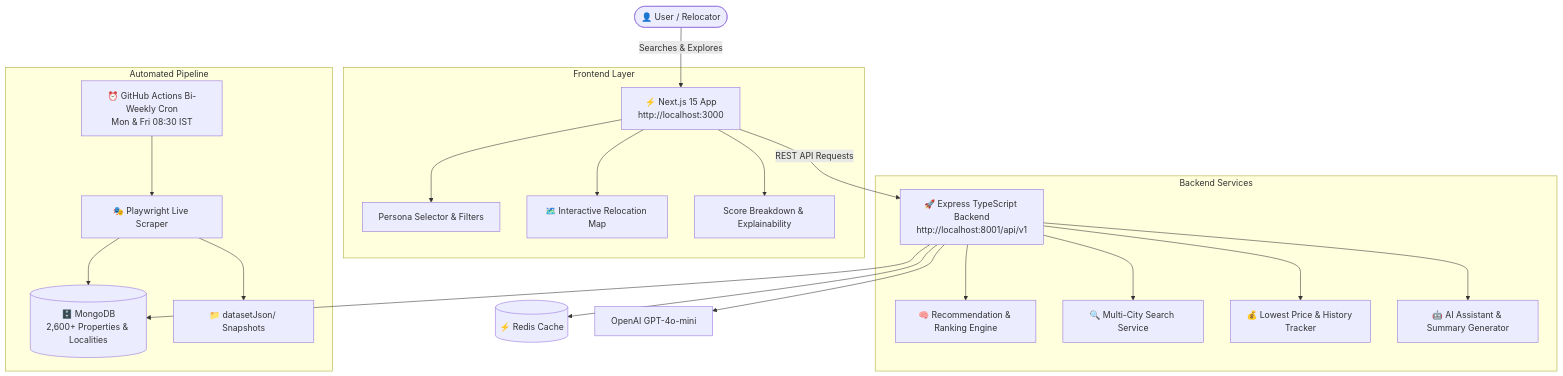
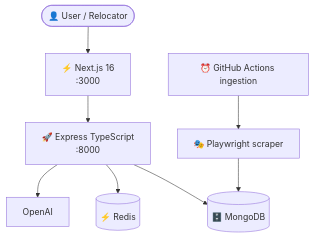
Before and after one commit to dedipya001/AI-Relocation-Assistant: the diagram in README.md, drawn with Mermaid. The commit also changed other lines of this file and 9 other files, not shown here.

````diff
--- a/README.md
+++ b/README.md
@@ -57,29 +50,10 @@
 ```mermaid
 flowchart TD
-    User([👤 User / Relocator]) -->|Searches & Explores| Frontend[⚡ Next.js 15 App\nhttp://localhost:3000]
-    
-    subgraph Frontend Layer
-        Frontend --> Persona[Persona Selector & Filters]
-        Frontend --> MapView[🗺️ Interactive Relocation Map]
-        Frontend --> Modal[Score Breakdown & Explainability]
-    end
-
-    Frontend -->|REST API Requests| Backend[🚀 Express TypeScript Backend\nhttp://localhost:8001/api/v1]
-
-    subgraph Backend Services
-        Backend --> RecoEngine[🧠 Recommendation & Ranking Engine]
-        Backend --> SearchSvc[🔍 Multi-City Search Service]
-        Backend --> PriceSvc[💰 Lowest Price & History Tracker]
-        Backend --> AssistantSvc[🤖 AI Assistant & Summary Generator]
-    end
-
-    Backend --> Mongo[(🗄️ MongoDB\n2,600+ Properties & Localities)]
-    Backend --> Redis[(⚡ Redis Cache)]
-    Backend --> LLM[OpenAI GPT-4o-mini]
-
-    subgraph Automated Pipeline
-        Cron[⏰ GitHub Actions Bi-Weekly Cron\nMon & Fri 08:30 IST] --> Playwright[🎭 Playwright Live Scraper]
-        Playwright --> Mongo
-        Playwright --> Datasets[📁 datasetJson/ Snapshots]
-    end
+    User([👤 User / Relocator]) --> Frontend[⚡ Next.js 16\n:3000]
+    Frontend --> Backend[🚀 Express TypeScript\n:8000]
+    Backend --> Mongo[(🗄️ MongoDB)]
+    Backend --> Redis[(⚡ Redis)]
+    Backend --> LLM[OpenAI]
+    Cron[⏰ GitHub Actions ingestion] --> Playwright[🎭 Playwright scraper]
+    Playwright --> Mongo
 ```
````
